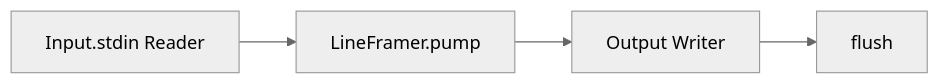
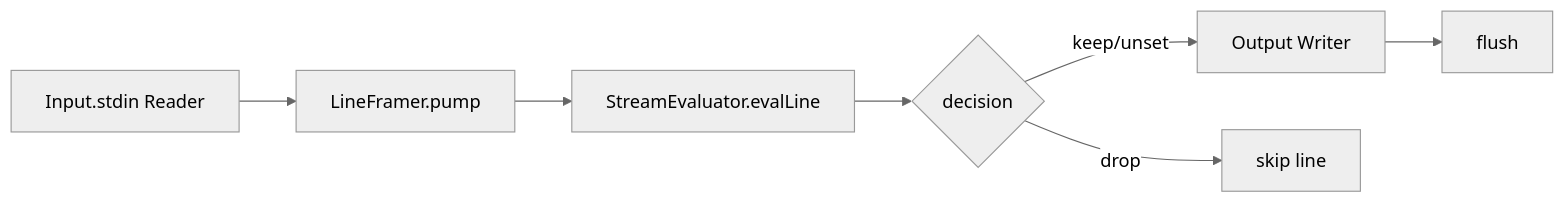
One commit to usetero/edge changed the second of 7 diagrams in src/tail/README.md. Above: the diagram before and after it, drawn with Mermaid (neutral theme). The commit also changed other lines of this file and 53 other files, not shown here.

````diff
--- a/src/tail/README.md
+++ b/src/tail/README.md
@@ -41,6 +42,9 @@
 ```mermaid
 flowchart LR
   A[Input.stdin Reader] --> B[LineFramer.pump]
-  B --> C[Output Writer]
-  C --> D[flush]
+  B --> C[StreamEvaluator.evalLine]
+  C --> D{decision}
+  D -- keep/unset --> E[Output Writer]
+  D -- drop --> F[skip line]
+  E --> G[flush]
 ```
````
